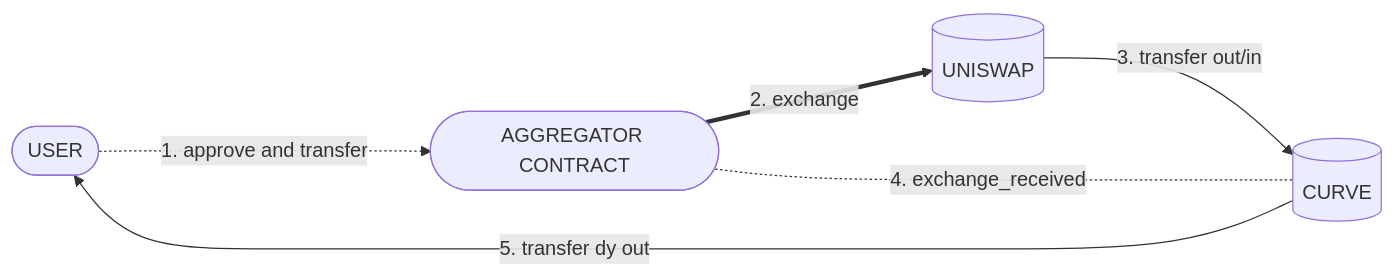
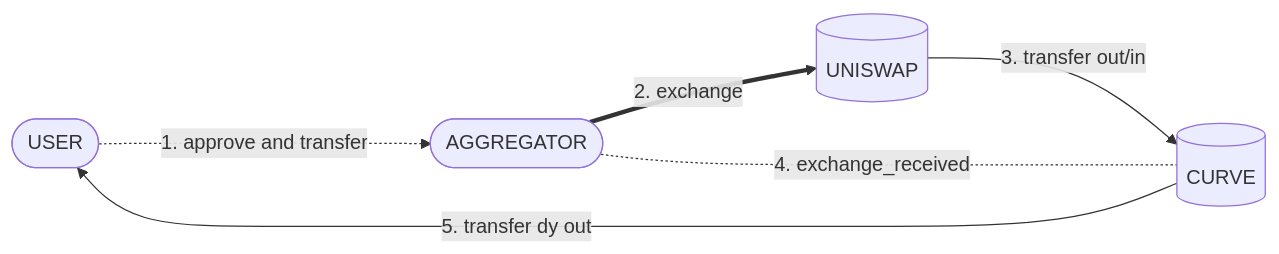
The diagram in docs/stableswap-ng_exchange/pools/overview.md (CurveDocs/curve-docs), drawn with Mermaid before and after one commit. The commit also changed other lines of this file, not shown here.

````diff
--- a/docs/stableswap-ng_exchange/pools/overview.md
+++ b/docs/stableswap-ng_exchange/pools/overview.md
@@ -268,10 +316,10 @@
 ``` mermaid
 graph LR
     u([USER]) --- p1[(UNISWAP)]
     p1 -->|"3. transfer out/in"| p2[(CURVE)]
-    u -..-> |1. approve and transfer| a([AGGREGATOR CONTRACT])
+    u -..-> |1. approve and transfer| a([AGGREGATOR])
     a ==> |"2. exchange"| p1
     a -.-|"4. exchange_received"| p2
     p2 --> |5. transfer dy out| u
     linkStyle 0 stroke-width:0, fill:none;
 ```
````
